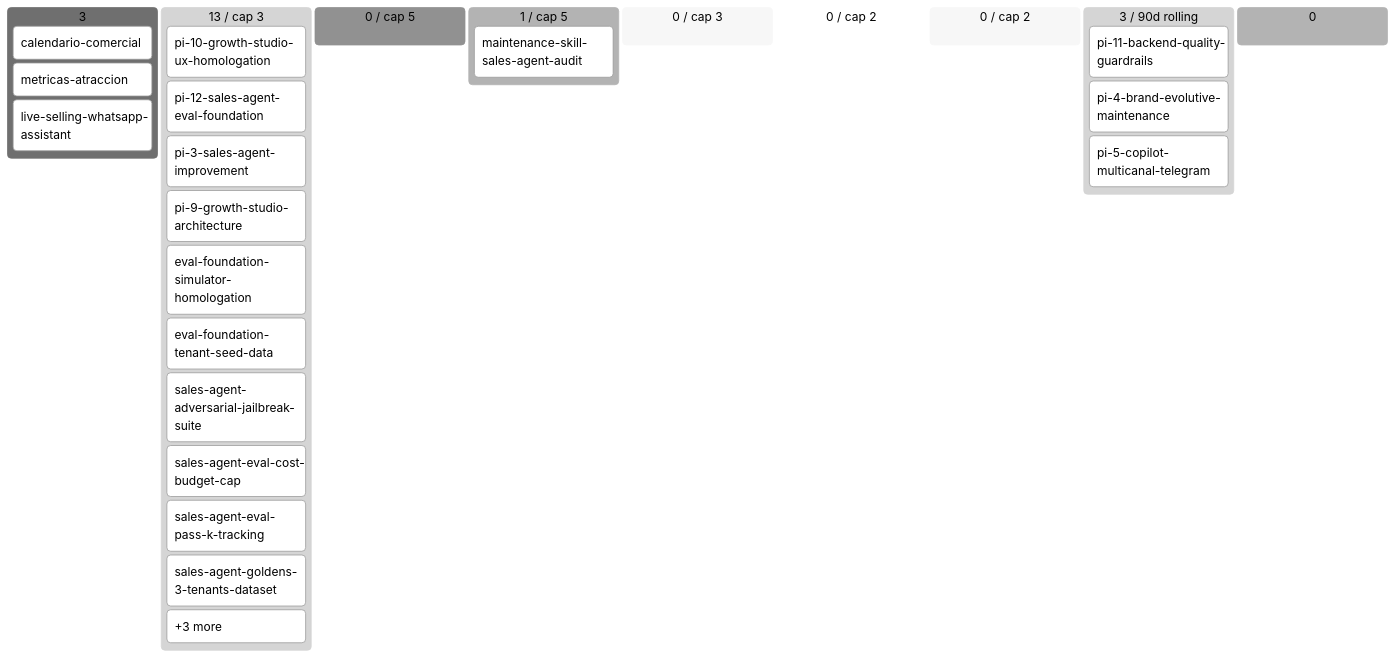
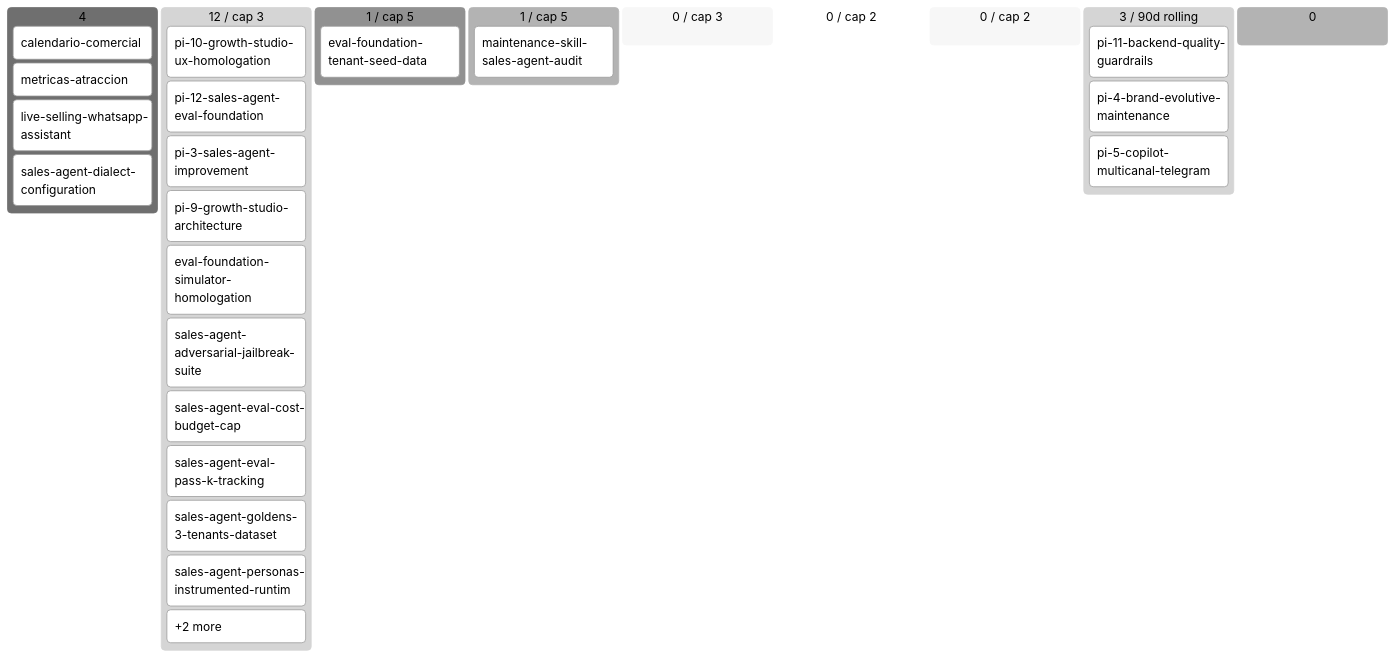
The diagram in docs/product/BACKLOG.md (alpacapurpura/ap_sales_agent), drawn with Mermaid (neutral theme) before and after one commit. The commit also changed other lines of this file and 6 other files, not shown here.

First line of the commit message:
docs(po): ratify eval-foundation-tenant-seed-data v2 (5 tenants) + spawn sales-agent-dialect-configuration placeholder

````diff
--- a/docs/product/BACKLOG.md
+++ b/docs/product/BACKLOG.md
@@ -55,30 +55,32 @@
 ```mermaid
 kanban
-  💡 Ideas (3)
+  💡 Ideas (4)
     calendario-comercial[calendario-comercial]
     metricas-atraccion[metricas-atraccion]
     live-selling-whatsapp-assistan[live-selling-whatsapp-assistant]
-  🔬 Refining (13 / cap 3)
+    sales-agent-dialect-configurat[sales-agent-dialect-configuration]
+  🔬 Refining (12 / cap 3)
     pi-10-growth-studio-ux-homolog[pi-10-growth-studio-ux-homologation]
     pi-12-sales-agent-eval-foundat[pi-12-sales-agent-eval-foundation]
     pi-3-sales-agent-improvement[pi-3-sales-agent-improvement]
     pi-9-growth-studio-architectur[pi-9-growth-studio-architecture]
     eval-foundation-simulator-homo[eval-foundation-simulator-homologation]
-    eval-foundation-tenant-seed-da[eval-foundation-tenant-seed-data]
     sales-agent-adversarial-jailbr[sales-agent-adversarial-jailbreak-suite]
     sales-agent-eval-cost-budget-c[sales-agent-eval-cost-budget-cap]
     sales-agent-eval-pass-k-tracki[sales-agent-eval-pass-k-tracking]
     sales-agent-goldens-3-tenants-[sales-agent-goldens-3-tenants-dataset]
-    overflow-🔬 Refining[+3 more]
-  ✅ Refined (0 / cap 5)
+    sales-agent-personas-instrumen[sales-agent-personas-instrumented-runtim]
+    overflow-🔬 Refining[+2 more]
+  ✅ Refined (1 / cap 5)
+    eval-foundation-tenant-seed-da[eval-foundation-tenant-seed-data]
   📦 Ready (1 / cap 5)
     maintenance-skill-sales-agent-[maintenance-skill-sales-agent-audit]
   🔨 Developing (0 / cap 3)
   🧪 Developed (0 / cap 2)
   🔍 Reviewing (0 / cap 2)
   ✅ Done (3 / 90d rolling)
     pi-11-backend-quality-guardrai[pi-11-backend-quality-guardrails]
     pi-4-brand-evolutive-maintenan[pi-4-brand-evolutive-maintenance]
     pi-5-copilot-multicanal-telegr[pi-5-copilot-multicanal-telegram]
   🅿 Parked (0)
 ```
````
